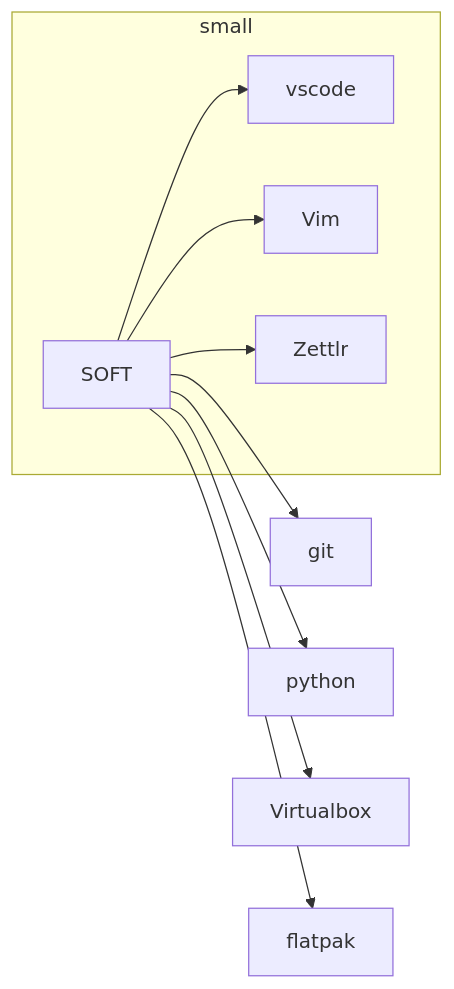
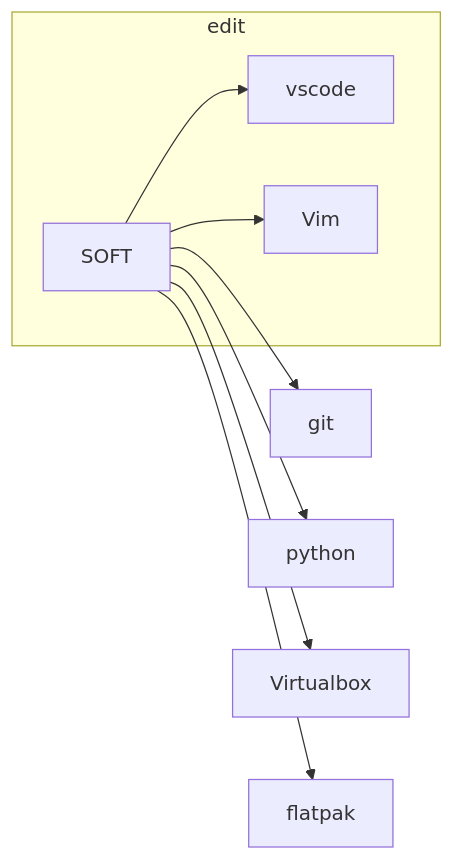
The first of 2 diagrams in _soft/000-软件总结.md (wow-yes/blog), drawn with Mermaid before and after one commit. The commit also changed other lines of this file and 3 other files, not shown here.

````diff
--- a/_soft/000-软件总结.md
+++ b/_soft/000-软件总结.md
@@ -9,19 +9,15 @@
 ```mermaid
 graph LR
 
     SOFT -->  git
     SOFT -->  python
 
-
-
-
     SOFT   --> Virtualbox
 
     SOFT   --> flatpak
 
-    subgraph small
+    subgraph edit
         SOFT  --> vscode
         SOFT  --> Vim
-        SOFT  --> Zettlr
     end
 ```
````
